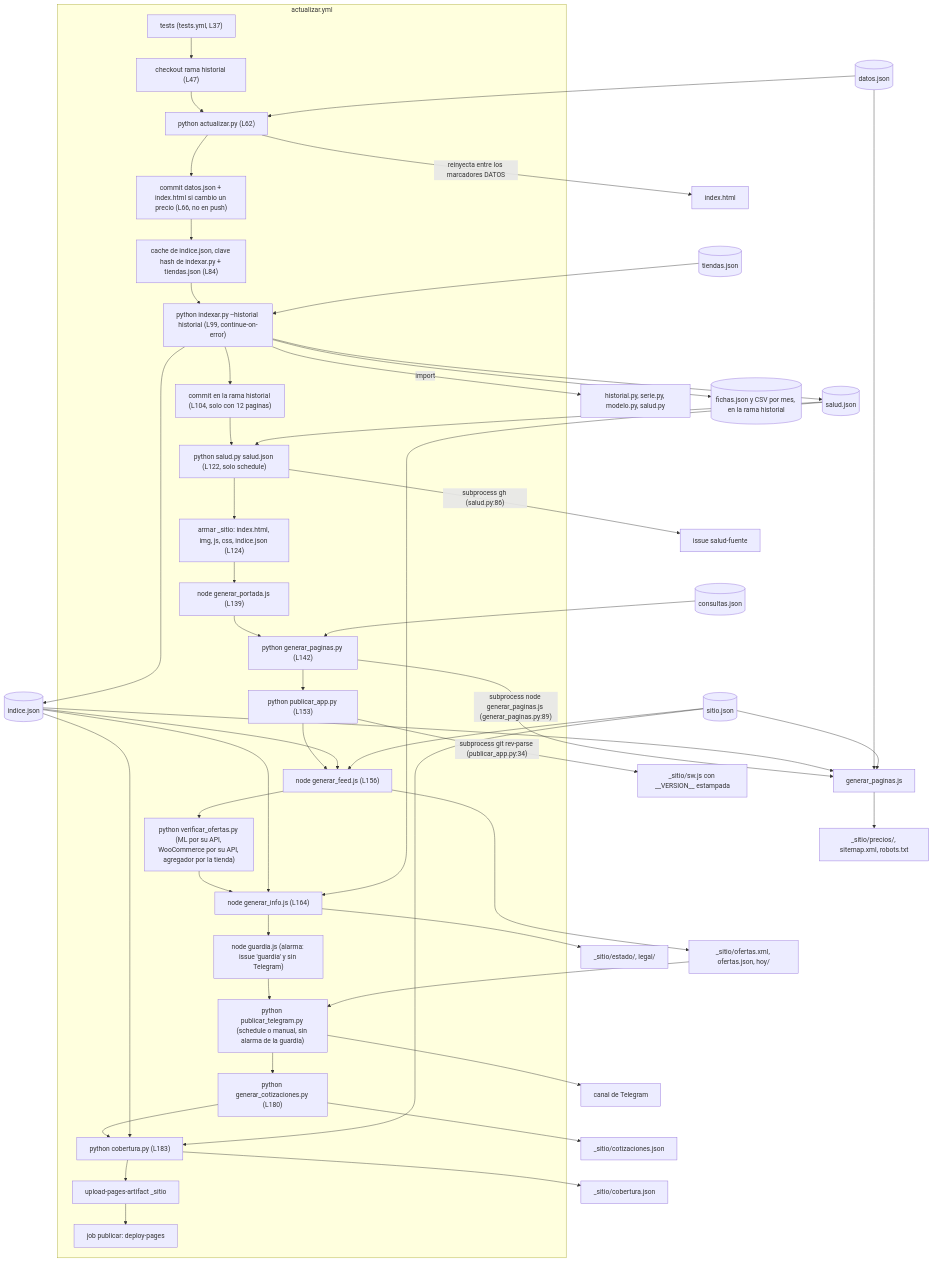
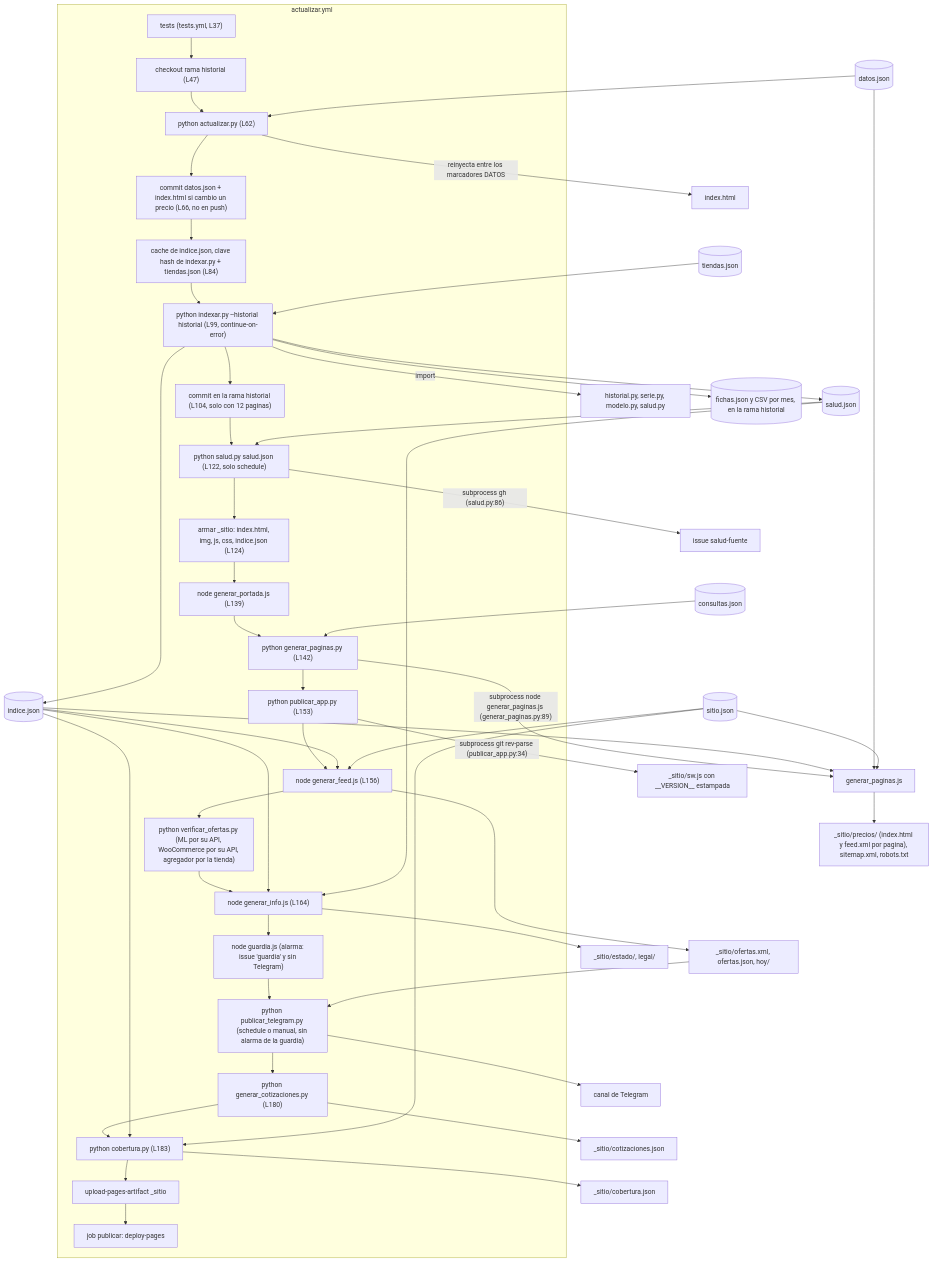
The diagram in docs/mapa.md (luismarceloescudero-debug/la-pichincha), drawn with Mermaid before and after one commit. The commit also changed other lines of this file and 6 other files, not shown here.

First line of the commit message:
Un feed RSS por pagina de busqueda: /precios/<slug>/feed.xml

````diff
--- a/docs/mapa.md
+++ b/docs/mapa.md
@@ -17,54 +17,54 @@
 ```mermaid
 flowchart TD
     subgraph WF["actualizar.yml"]
         T["tests (tests.yml, L37)"] --> H["checkout rama historial (L47)"]
         H --> A["python actualizar.py (L62)"]
         A --> AC["commit datos.json + index.html si cambio un precio (L66, no en push)"]
         AC --> CA["cache de indice.json, clave hash de indexar.py + tiendas.json (L84)"]
         CA --> IX["python indexar.py --historial historial (L99, continue-on-error)"]
         IX --> HC["commit en la rama historial (L104, solo con 12 paginas)"]
         HC --> SA["python salud.py salud.json (L122, solo schedule)"]
         SA --> PS["armar _sitio: index.html, img, js, css, indice.json (L124)"]
         PS --> PO["node generar_portada.js (L139)"]
         PO --> GP["python generar_paginas.py (L142)"]
         GP --> PA["python publicar_app.py (L153)"]
         PA --> FE["node generar_feed.js (L156)"]
         FE --> VO["python verificar_ofertas.py (ML por su API, WooCommerce por su API, agregador por la tienda)"]
         VO --> IN["node generar_info.js (L164)"]
         IN --> GU["node guardia.js (alarma: issue 'guardia' y sin Telegram)"]
         GU --> TG["python publicar_telegram.py (schedule o manual, sin alarma de la guardia)"]
         TG --> CO["python generar_cotizaciones.py (L180)"]
         CO --> CB["python cobertura.py (L183)"]
         CB --> UP["upload-pages-artifact _sitio"]
         UP --> DP["job publicar: deploy-pages"]
     end
 
     DJ[("datos.json")] --> A
     A -- "reinyecta entre los marcadores DATOS" --> IH["index.html"]
     TJ[("tiendas.json")] --> IX
     IX -- "import" --> MOD["historial.py, serie.py, modelo.py, salud.py"]
     IX --> IJ[("indice.json")]
     IX --> SJ[("salud.json")]
     IX --> FJ[("fichas.json y CSV por mes, en la rama historial")]
     SJ --> SA
     SA -- "subprocess gh (salud.py:86)" --> IS["issue salud-fuente"]
     CJ[("consultas.json")] --> GP
     GP -- "subprocess node generar_paginas.js (generar_paginas.py:89)" --> GPJ["generar_paginas.js"]
     IJ --> GPJ
     DJ --> GPJ
-    GPJ --> PR["_sitio/precios/, sitemap.xml, robots.txt"]
+    GPJ --> PR["_sitio/precios/ (index.html y feed.xml por pagina), sitemap.xml, robots.txt"]
     PA -- "subprocess git rev-parse (publicar_app.py:34)" --> SW["_sitio/sw.js con __VERSION__ estampada"]
     IJ --> FE
     FE --> OF["_sitio/ofertas.xml, ofertas.json, hoy/"]
     OF --> TG
     TG --> TEL["canal de Telegram"]
     IJ --> IN
     SJ --> IN
     IN --> EL["_sitio/estado/, legal/"]
     CO --> CT["_sitio/cotizaciones.json"]
     IJ --> CB
     CB --> CJS["_sitio/cobertura.json"]
     ST[("sitio.json")] --> GPJ
     ST --> FE
     ST --> CB
 ```
````
